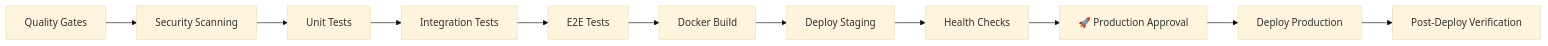
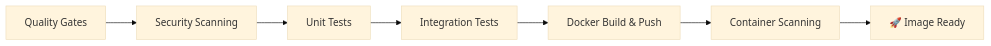
The diagram in README.md (legion14041981-ui/overlord-trading-system-v8), drawn with Mermaid (base theme) before and after one commit. The commit also changed other lines of this file, not shown here.

First line of the commit message:
docs: Remove ALL Kubernetes references from README - Docker-only architecture

````diff
--- a/README.md
+++ b/README.md
@@ -212,13 +203,9 @@
 ```mermaid
 graph LR
     A[Quality Gates] --> B[Security Scanning]
     B --> C[Unit Tests]
     C --> D[Integration Tests]
-    D --> E[E2E Tests]
-    E --> F[Docker Build]
-    F --> G[Deploy Staging]
-    G --> H[Health Checks]
-    H --> I[🚀 Production Approval]
-    I --> J[Deploy Production]
-    J --> K[Post-Deploy Verification]
+    D --> E[Docker Build & Push]
+    E --> F[Container Scanning]
+    F --> G[🚀 Image Ready]
 ```
````
